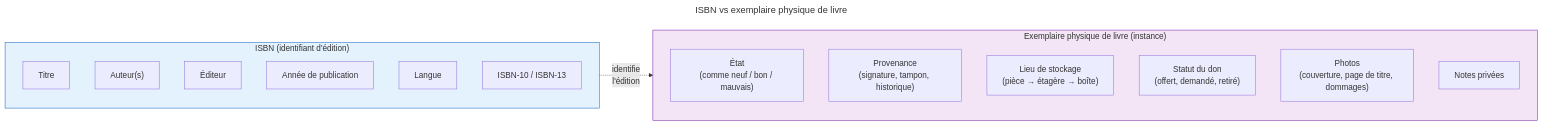
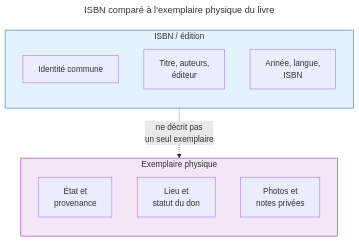
One commit to mihafreenode/let-books changed the diagram in docs/diagrams/blog/isbn-not-a-database/fr/isbn-vs-physical-book.mmd. Above: the diagram before and after it, drawn with Mermaid. The commit also changed 430 other files, not shown here.

```diff
--- a/docs/diagrams/blog/isbn-not-a-database/fr/isbn-vs-physical-book.mmd
+++ b/docs/diagrams/blog/isbn-not-a-database/fr/isbn-vs-physical-book.mmd
@@ -1,28 +1,22 @@
 ---
-title: ISBN vs exemplaire physique de livre
+title: ISBN comparé à l'exemplaire physique du livre
 ---
-flowchart LR
-    subgraph ISBN["ISBN (identifiant d'édition)"]
+flowchart TB
+    subgraph ISBN["ISBN / édition"]
         direction TB
-        I1["Titre"]
-        I2["Auteur(s)"]
-        I3["Éditeur"]
-        I4["Année de publication"]
-        I5["Langue"]
-        I6["ISBN-10 / ISBN-13"]
+        I1["Identité commune"]
+        I2["Titre, auteurs,<br/>éditeur"]
+        I3["Année, langue,<br/>ISBN"]
     end
 
-    subgraph Physical["Exemplaire physique de livre (instance)"]
+    subgraph Physical["Exemplaire physique"]
         direction TB
-        P1["État<br/>(comme neuf / bon / mauvais)"]
-        P2["Provenance<br/>(signature, tampon, historique)"]
-        P3["Lieu de stockage<br/>(pièce → étagère → boîte)"]
-        P4["Statut du don<br/>(offert, demandé, retiré)"]
-        P5["Photos<br/>(couverture, page de titre, dommages)"]
-        P6["Notes privées"]
+        P1["État et<br/>provenance"]
+        P2["Lieu et<br/>statut du don"]
+        P3["Photos et<br/>notes privées"]
     end
 
-    ISBN -.->|"identifie<br/>l'édition"| Physical
+    I3 -.->|"ne décrit pas<br/>un seul exemplaire"| P1
 
     style ISBN fill:#e3f2fd,stroke:#1565c0
     style Physical fill:#f3e5f5,stroke:#7b1fa2
```
